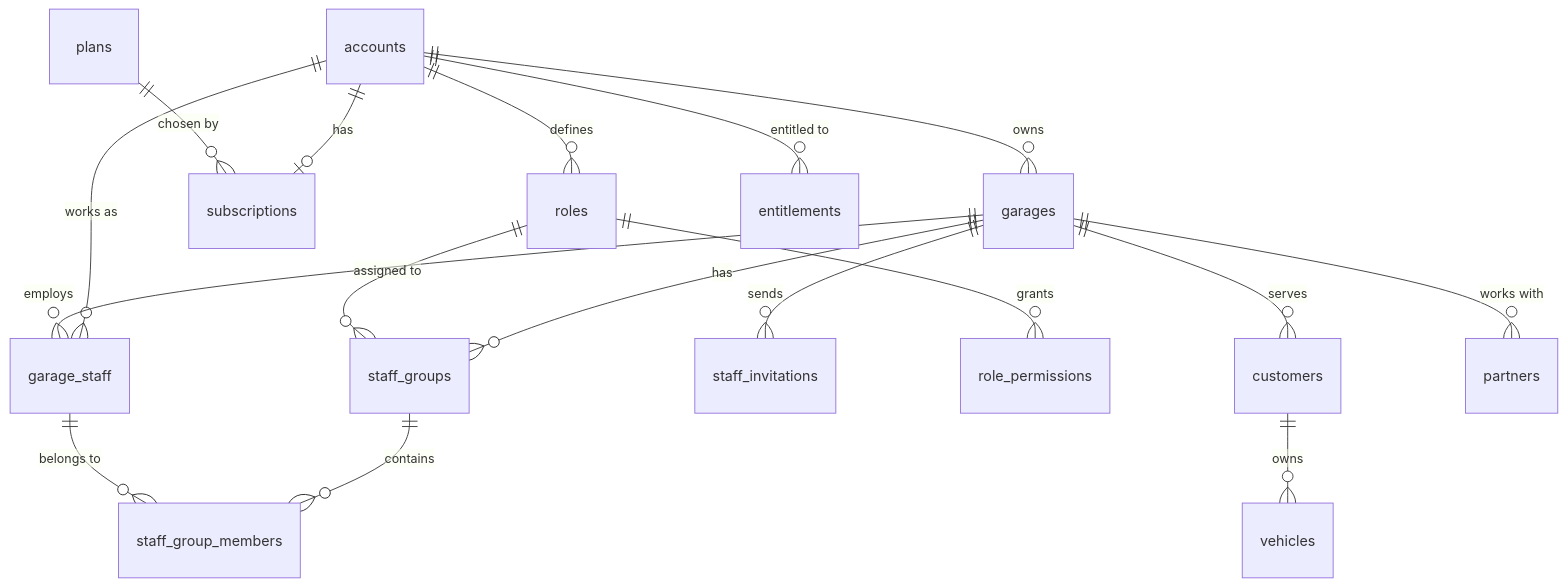
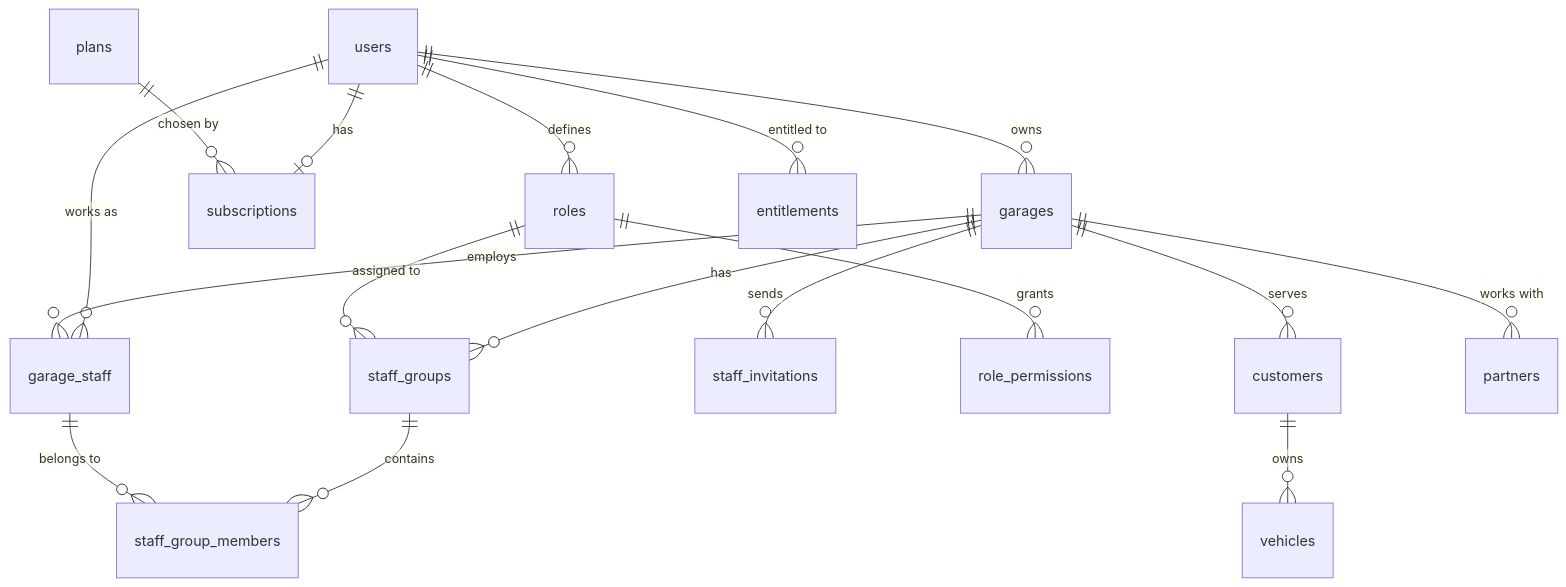
Before and after one commit to viettechno/vietgara-backend: the second of 2 diagrams in db/README.md, drawn with Mermaid. The commit also changed other lines of this file and 250 other files, not shown here.

````diff
--- a/db/README.md
+++ b/db/README.md
@@ -123,19 +123,19 @@
 ```mermaid
 erDiagram
-  accounts ||--o{ garages : owns
-  accounts ||--o{ garage_staff : "works as"
-  accounts ||--o| subscriptions : has
-  accounts ||--o{ roles : defines
+  users ||--o{ garages : owns
+  users ||--o{ garage_staff : "works as"
+  users ||--o| subscriptions : has
+  users ||--o{ roles : defines
   garages ||--o{ garage_staff : employs
   garages ||--o{ staff_groups : has
   garages ||--o{ staff_invitations : sends
   roles ||--o{ role_permissions : grants
   roles ||--o{ staff_groups : "assigned to"
   staff_groups ||--o{ staff_group_members : contains
   garage_staff ||--o{ staff_group_members : "belongs to"
   plans ||--o{ subscriptions : "chosen by"
-  accounts ||--o{ entitlements : "entitled to"
+  users ||--o{ entitlements : "entitled to"
   garages ||--o{ customers : serves
   customers ||--o{ vehicles : owns
   garages ||--o{ partners : "works with"
 ```
````
